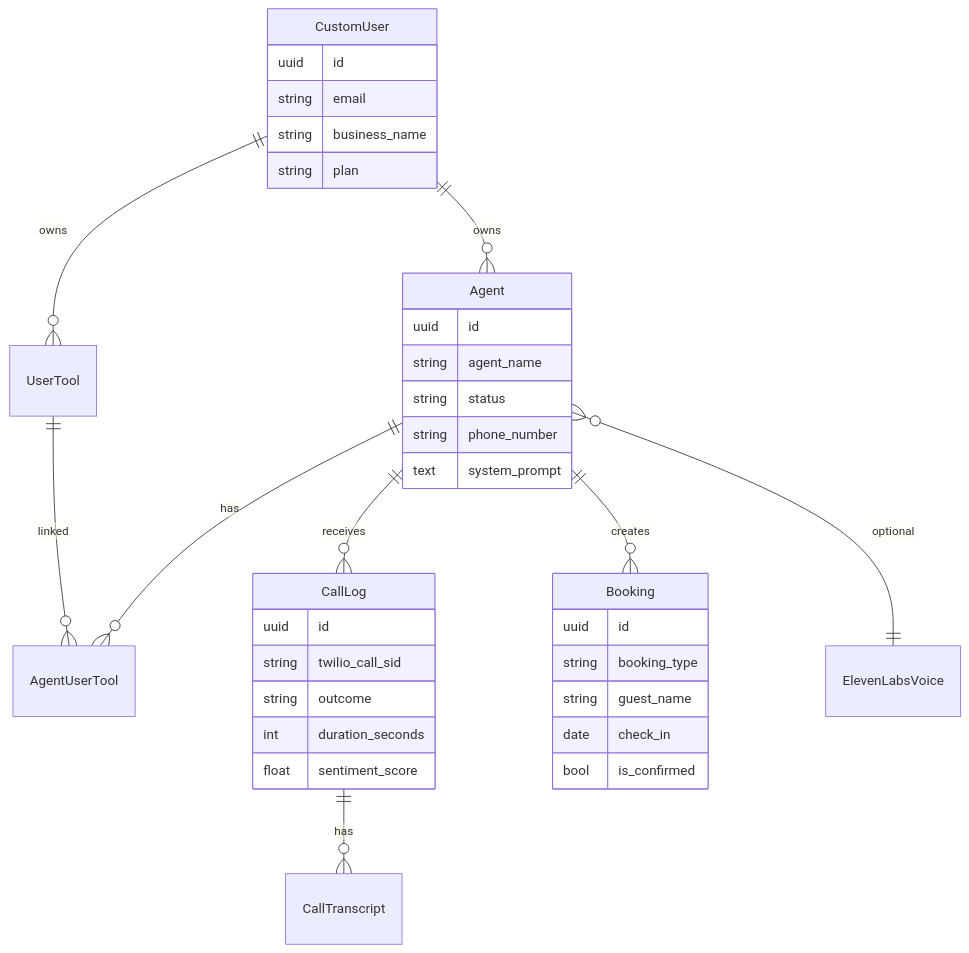
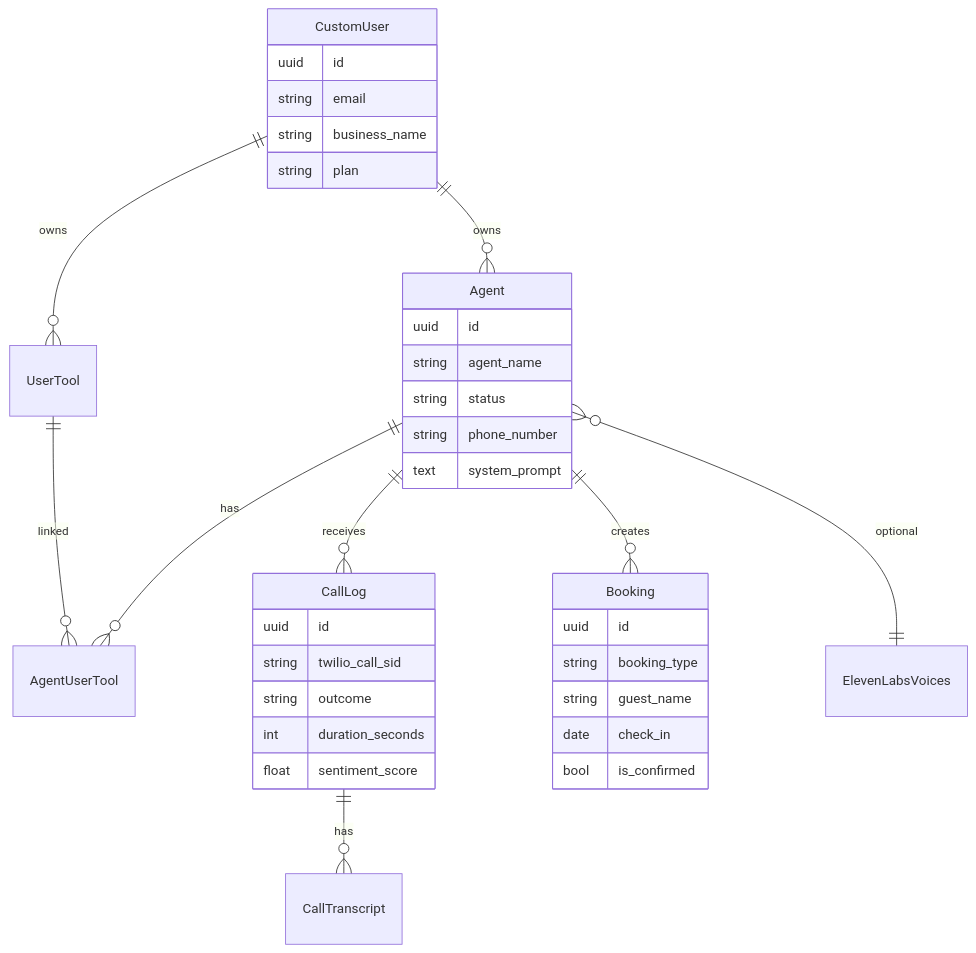
One commit to karan-chandel-asc/ai-voice-agent-platform changed the third of 3 diagrams in README.md. Above: the diagram before and after it, drawn with Mermaid. The commit also changed 34 other files, not shown here.

````diff
--- a/README.md
+++ b/README.md
@@ -126,39 +126,39 @@
 ```mermaid
 erDiagram
   CustomUser ||--o{ Agent : owns
   CustomUser ||--o{ UserTool : owns
   Agent ||--o{ AgentUserTool : has
   UserTool ||--o{ AgentUserTool : linked
   Agent ||--o{ CallLog : receives
   Agent ||--o{ Booking : creates
   CallLog ||--o{ CallTranscript : has
-  Agent }o--|| ElevenLabsVoice : optional
+  Agent }o--|| ElevenLabsVoices : optional
 
   CustomUser {
     uuid id
     string email
     string business_name
     string plan
   }
   Agent {
     uuid id
     string agent_name
     string status
     string phone_number
     text system_prompt
   }
   Booking {
     uuid id
     string booking_type
     string guest_name
     date check_in
     bool is_confirmed
   }
   CallLog {
     uuid id
     string twilio_call_sid
     string outcome
     int duration_seconds
     float sentiment_score
   }
 ```
````
